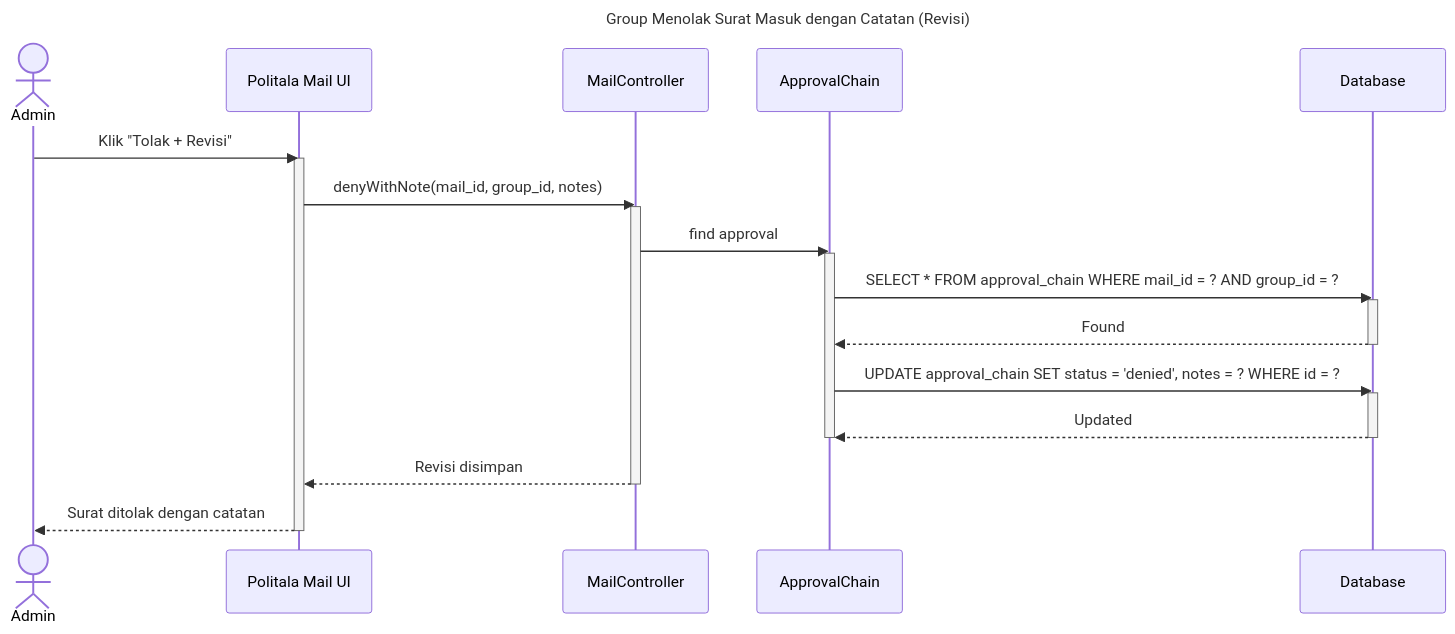
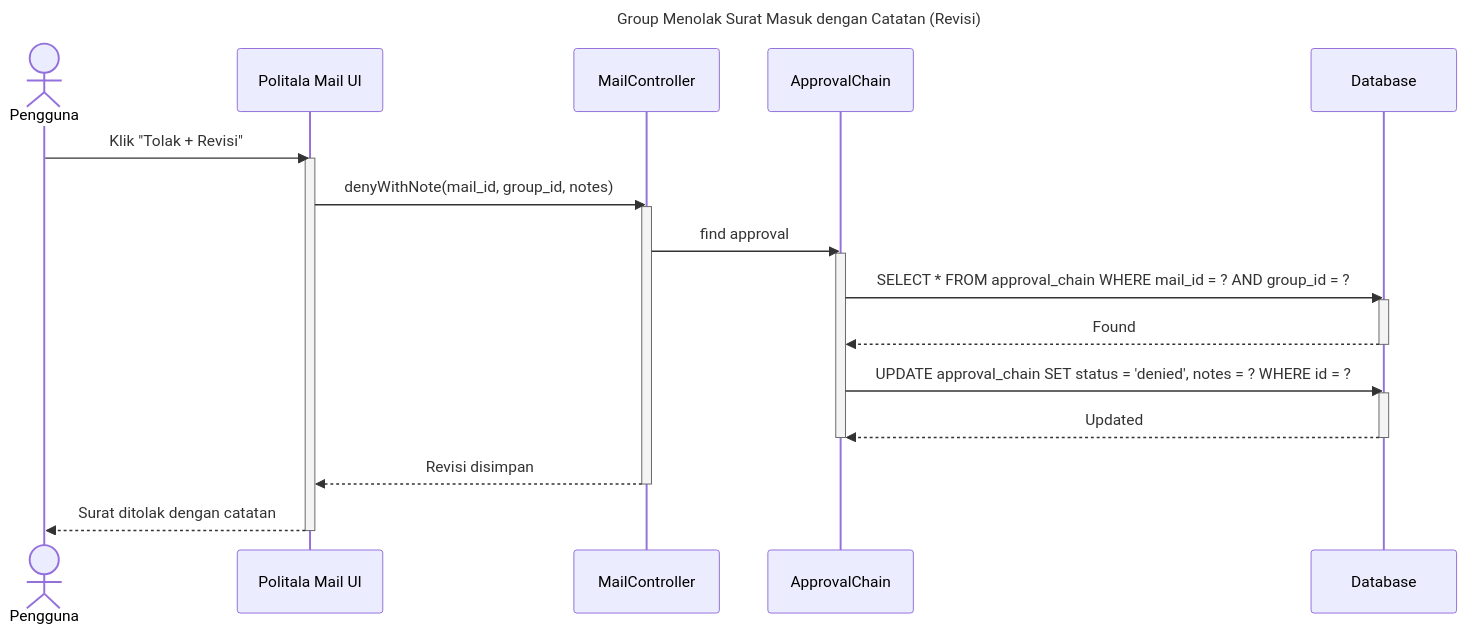
Before and after one commit to davidhadinugroho24601/UML-politala-mail: the diagram in Manage Surat Masuk/revisi.md, drawn with Mermaid. The commit also changed 8 other files, not shown here.

````diff
--- a/Manage Surat Masuk/revisi.md
+++ b/Manage Surat Masuk/revisi.md
@@ -1,36 +1,36 @@
 ```mermaid
 
 sequenceDiagram
     title Group Menolak Surat Masuk dengan Catatan (Revisi)
 
-    actor Admin
+    actor Pengguna
     participant FilamentUI as Politala Mail UI
     participant MailController
     participant ApprovalModel as ApprovalChain
     participant DB as Database
 
-    Admin ->> FilamentUI: Klik "Tolak + Revisi"
+    Pengguna ->> FilamentUI: Klik "Tolak + Revisi"
     activate FilamentUI
     FilamentUI ->> MailController: denyWithNote(mail_id, group_id, notes)
     activate MailController
 
     MailController ->> ApprovalModel: find approval
     activate ApprovalModel
     ApprovalModel ->> DB: SELECT * FROM approval_chain WHERE mail_id = ? AND group_id = ?
     activate DB
     DB -->> ApprovalModel: Found
     deactivate DB
 
     ApprovalModel ->> DB: UPDATE approval_chain SET status = 'denied', notes = ? WHERE id = ?
     activate DB
     DB -->> ApprovalModel: Updated
     deactivate DB
     deactivate ApprovalModel
 
     MailController -->> FilamentUI: Revisi disimpan
     deactivate MailController
-    FilamentUI -->> Admin: Surat ditolak dengan catatan
+    FilamentUI -->> Pengguna: Surat ditolak dengan catatan
     deactivate FilamentUI
 
 
 ```
````
